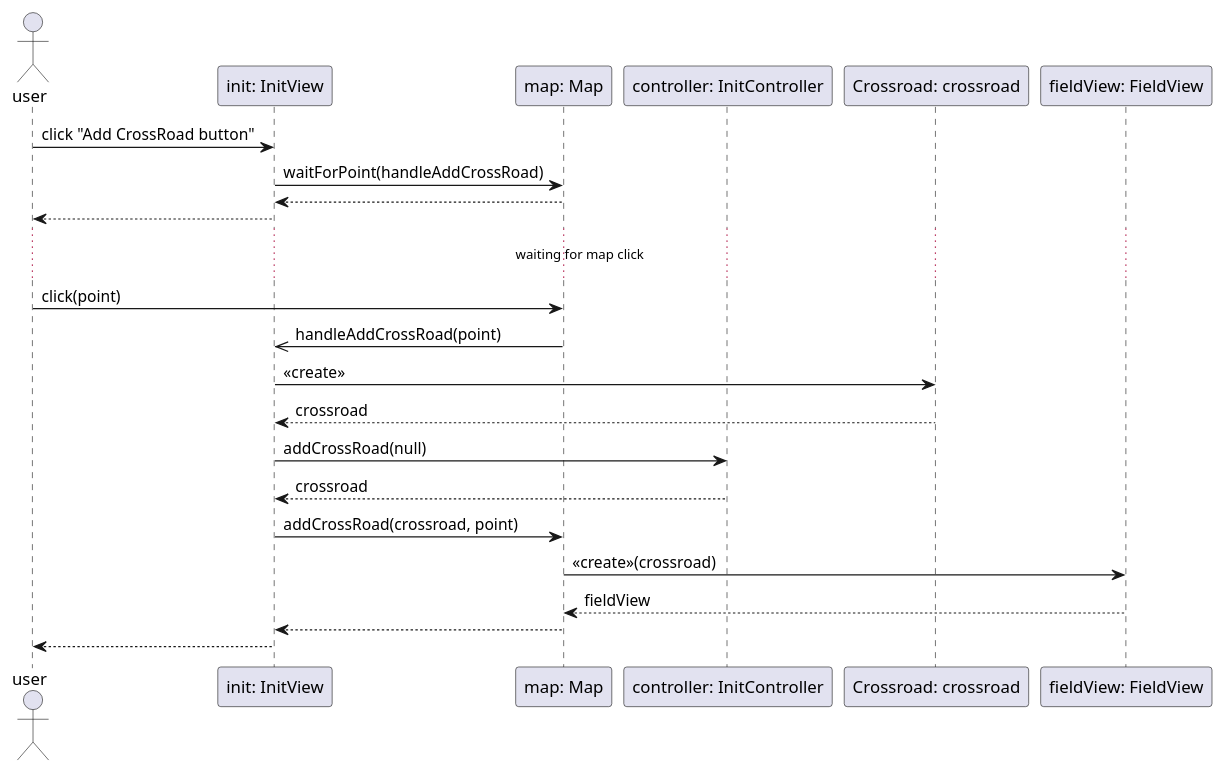
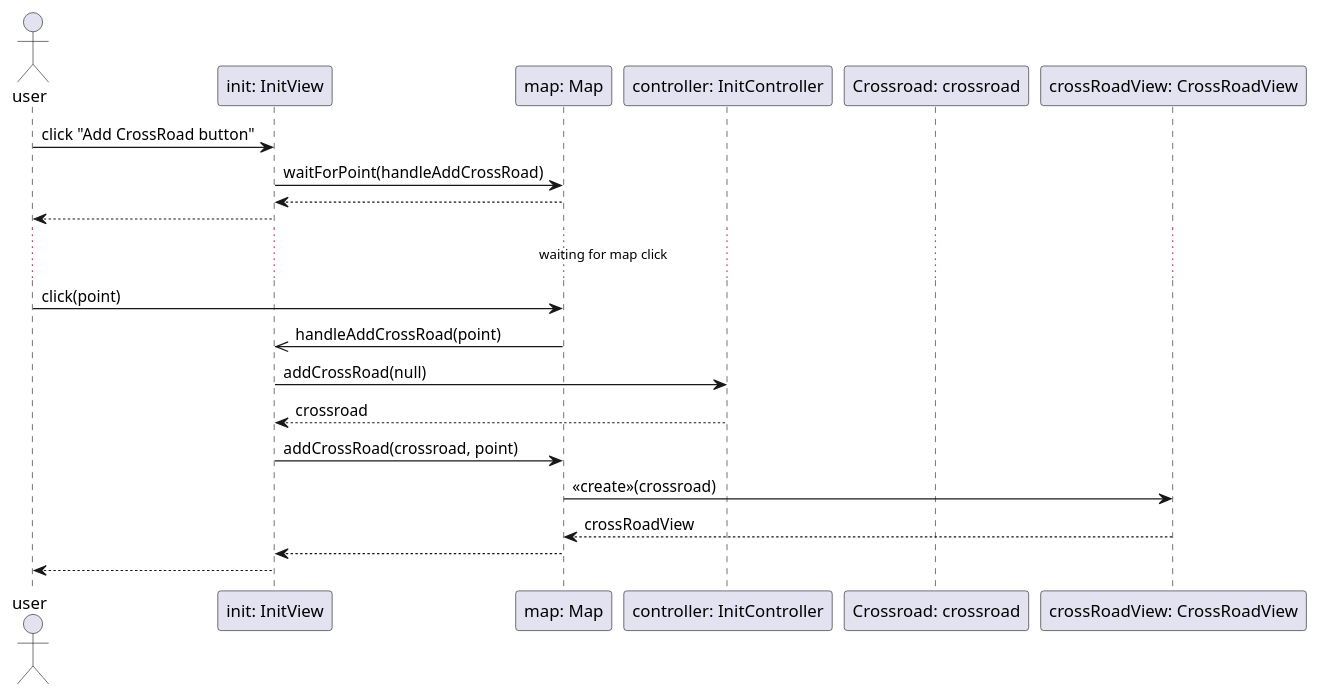
Before and after one commit to uhrinandor/spring: the diagram in docs/graphics/sequence/addcrossroad.plantuml, drawn with PlantUML. The commit also changed 6 other files, not shown here.

```diff
--- a/docs/graphics/sequence/addcrossroad.plantuml
+++ b/docs/graphics/sequence/addcrossroad.plantuml
@@ -1,33 +1,30 @@
 @startuml
 
 actor "user" as user
 participant "init: InitView" as init
 participant "map: Map" as map
 participant "controller: InitController" as controller
 participant "Crossroad: crossroad" as crossroad
-participant "fieldView: FieldView" as fieldView
+participant "crossRoadView: CrossRoadView" as crossRoadView
 
 user -> init: click "Add CrossRoad button"
 
 init -> map: waitForPoint(handleAddCrossRoad)
 map --> init:
 init --> user:
 
 ... waiting for map click ...
 
 user -> map: click(point)
 map ->> init: handleAddCrossRoad(point)
 
-init -> crossroad: <<create>>
-crossroad --> init: crossroad
-
 init -> controller: addCrossRoad(null)
 controller --> init: crossroad
 
 init -> map: addCrossRoad(crossroad, point)
-map -> fieldView: <<create>>(crossroad)
-fieldView --> map: fieldView
+map -> crossRoadView: <<create>>(crossroad)
+crossRoadView --> map: crossRoadView
 map --> init:
 init --> user:
 
 @enduml
```
